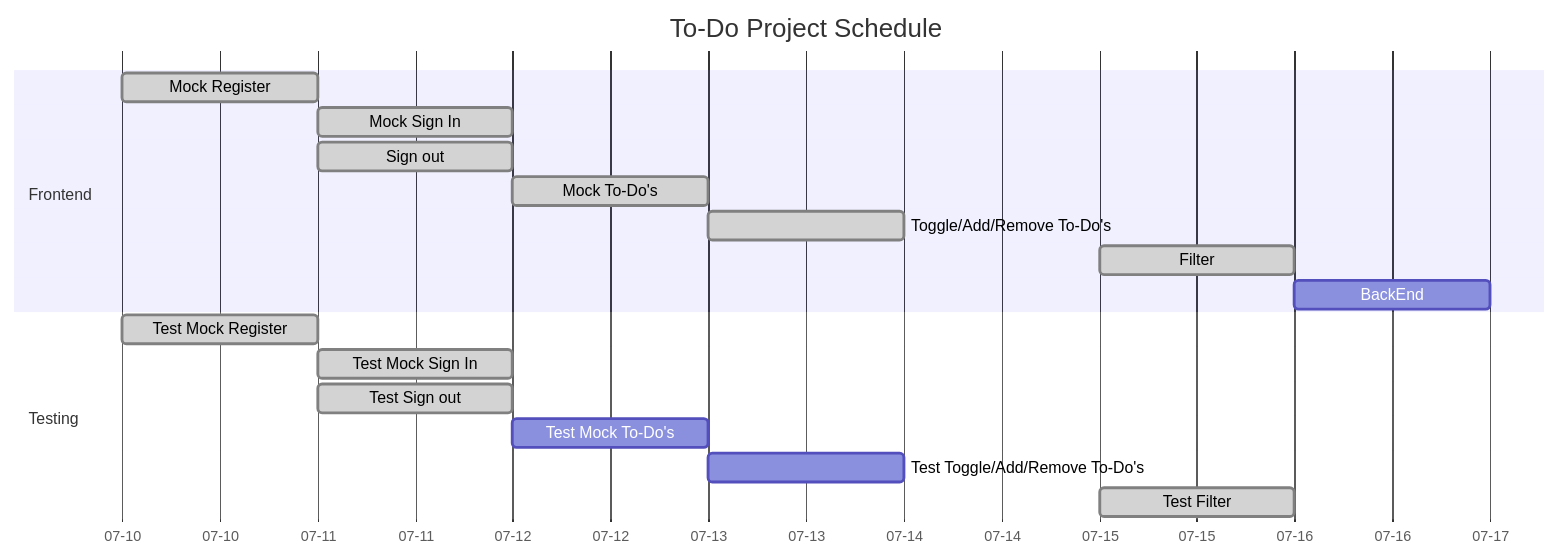
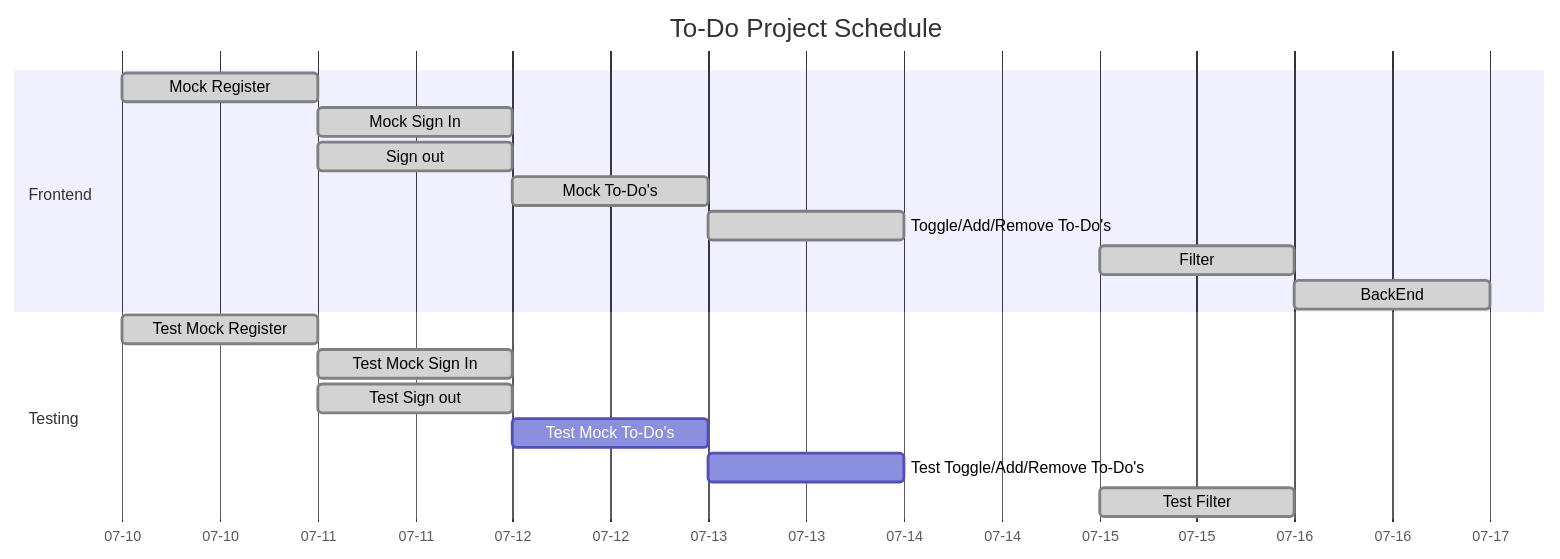
Before and after one commit to RafaelM011/ToDo-FrontEnd: the diagram in README.md, drawn with Mermaid. The commit also changed other lines of this file, not shown here.

````diff
--- a/README.md
+++ b/README.md
@@ -23,23 +23,23 @@
 ```mermaid
     gantt 
         title To-Do Project Schedule
         dateFormat MM-DD
         axisFormat %m-%d
         
         section Frontend
             Mock Register                   :done, 07-10, 1d
             Mock Sign In                    :done, 07-11, 1d
             Sign out                        :done, 07-11, 1d
             Mock To-Do's                    :done, 07-12, 1d
             Toggle/Add/Remove To-Do's       :done, 07-13, 1d
             Filter                          :done, 07-15, 1d
-            BackEnd                         :07-16, 1d
+            BackEnd                         :done, 07-16, 1d
 
         section Testing
             Test Mock Register              :done, 07-10, 1d
             Test Mock Sign In               :done, 07-11, 1d
             Test Sign out                   :done, 07-11, 1d
             Test Mock To-Do's               :07-12, 1d
             Test Toggle/Add/Remove To-Do's  :07-13, 1d
             Test Filter                     :done, 07-15,1d
 ```
````
